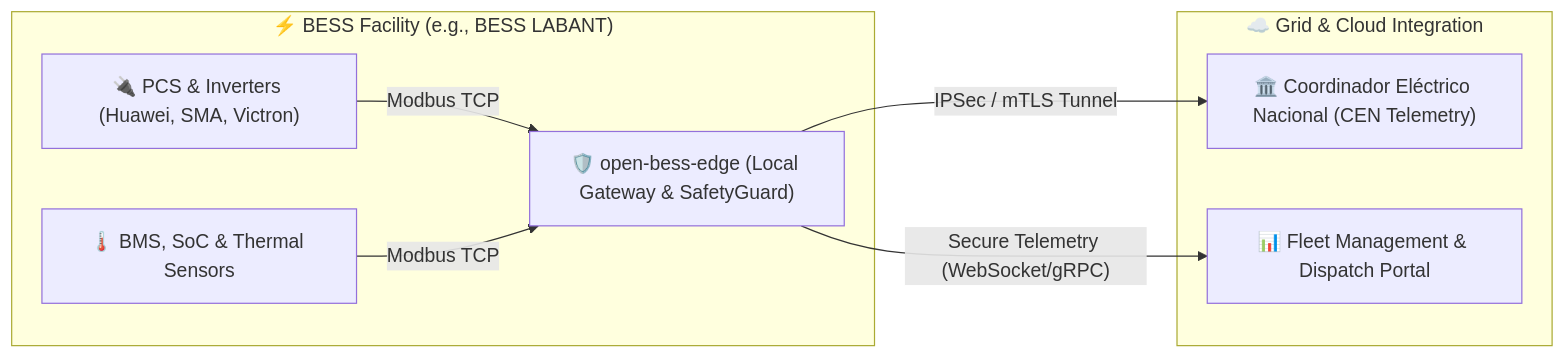
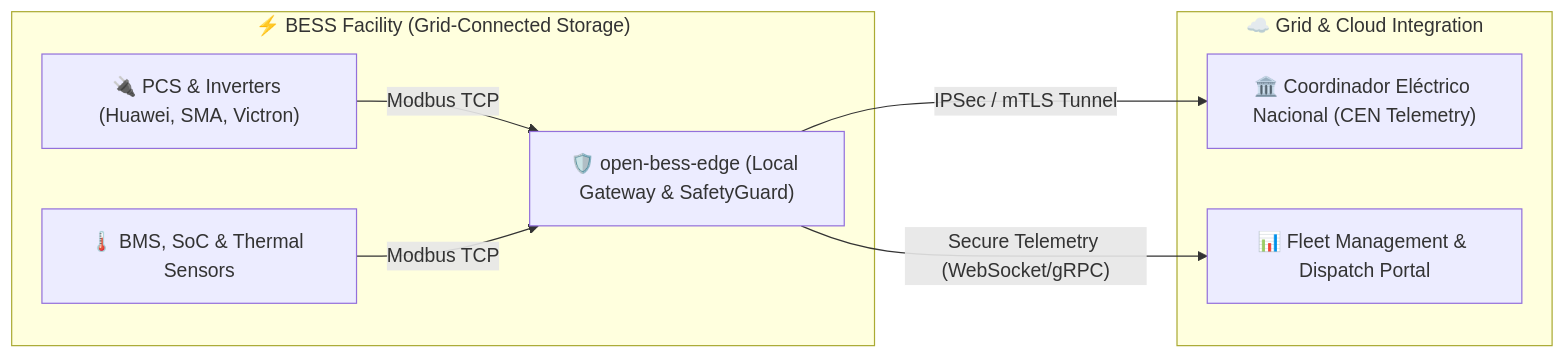
Before and after one commit to bess-solutions/.github: the diagram in profile/README.md, drawn with Mermaid. The commit also changed other lines of this file, not shown here.

Commit message:
docs(profile): align architecture, purge legacy claims, and index all satellite repos

````diff
--- a/profile/README.md
+++ b/profile/README.md
@@ -32,19 +34,19 @@
 ```mermaid
 graph LR
-    subgraph Facility ["⚡ BESS Facility (e.g., BESS LABANT)"]
+    subgraph Facility ["⚡ BESS Facility (Grid-Connected Storage)"]
         Inverters["🔌 PCS & Inverters (Huawei, SMA, Victron)"]
         Sensors["🌡️ BMS, SoC & Thermal Sensors"]
         Edge["🛡️ open-bess-edge (Local Gateway & SafetyGuard)"]
         
         Inverters --> |Modbus TCP| Edge
         Sensors --> |Modbus TCP| Edge
     end
 
     subgraph Integration ["☁️ Grid & Cloud Integration"]
         CEN["🏛️ Coordinador Eléctrico Nacional (CEN Telemetry)"]
         Portal["📊 Fleet Management & Dispatch Portal"]
     end
 
     Edge --> |"IPSec / mTLS Tunnel"| CEN
     Edge --> |"Secure Telemetry (WebSocket/gRPC)"| Portal
 ```
````
